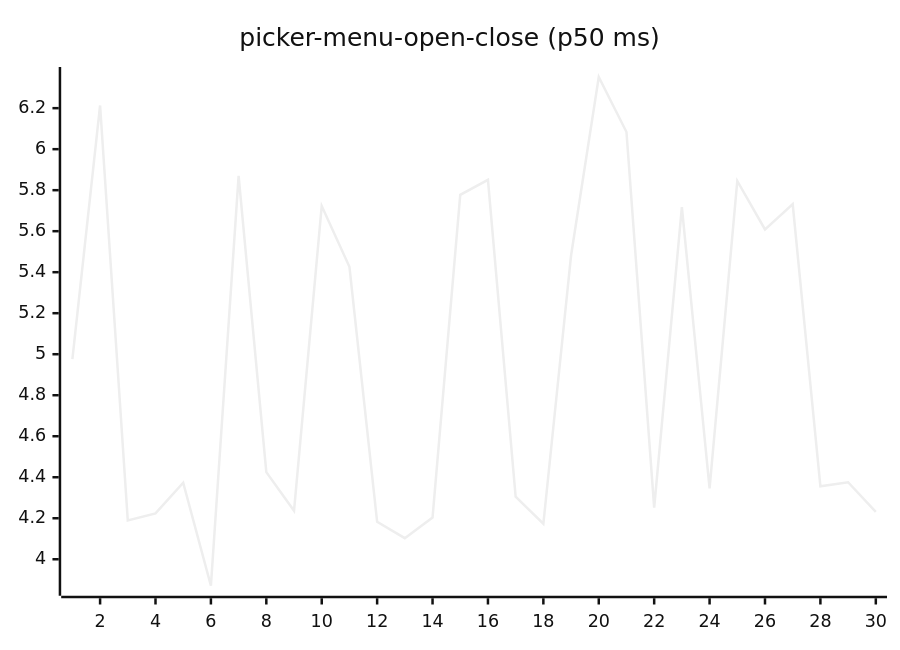
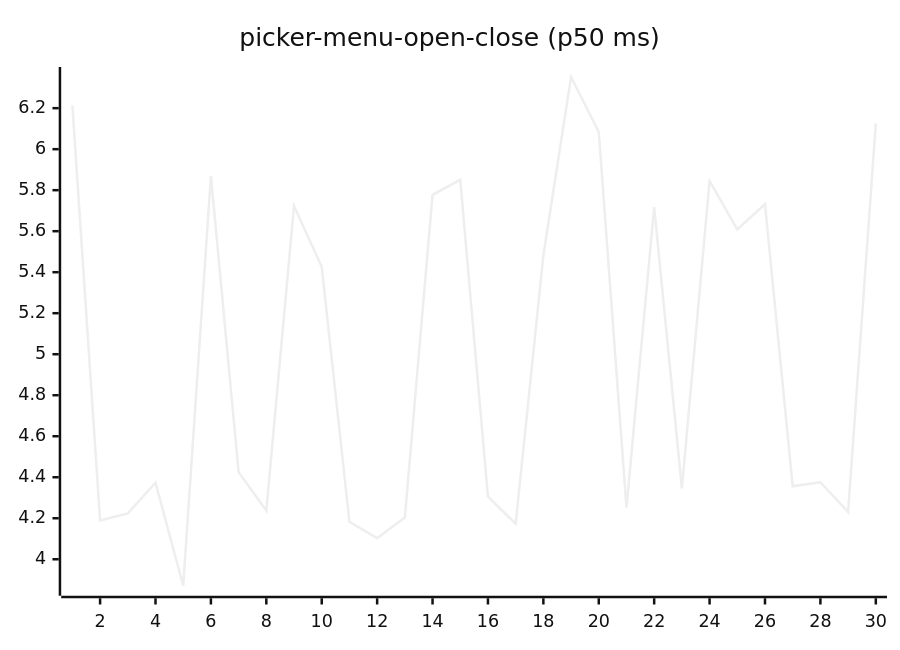
Before and after one commit to josha/Facet: diagram 16 of 27 in README.md, drawn with Mermaid (neutral theme). The commit also changed other lines of this file and 2 other files, not shown here.

````diff
--- a/README.md
+++ b/README.md
@@ -168,6 +168,6 @@
 ```mermaid
 xychart-beta
     title "picker-menu-open-close (p50 ms)"
     x-axis 1 --> 30
-    line [4.9760, 6.2132, 4.1891, 4.2236, 4.3733, 3.8708, 5.8694, 4.4248, 4.2362, 5.7230, 5.4264, 4.1828, 4.1028, 4.2034, 5.7775, 5.8503, 4.3049, 4.1731, 5.4814, 6.3520, 6.0839, 4.2522, 5.7175, 4.3452, 5.8449, 5.6085, 5.7317, 4.3559, 4.3756, 4.2307]
+    line [6.2132, 4.1891, 4.2236, 4.3733, 3.8708, 5.8694, 4.4248, 4.2362, 5.7230, 5.4264, 4.1828, 4.1028, 4.2034, 5.7775, 5.8503, 4.3049, 4.1731, 5.4814, 6.3520, 6.0839, 4.2522, 5.7175, 4.3452, 5.8449, 5.6085, 5.7317, 4.3559, 4.3756, 4.2307, 6.1258]
 ```
````
